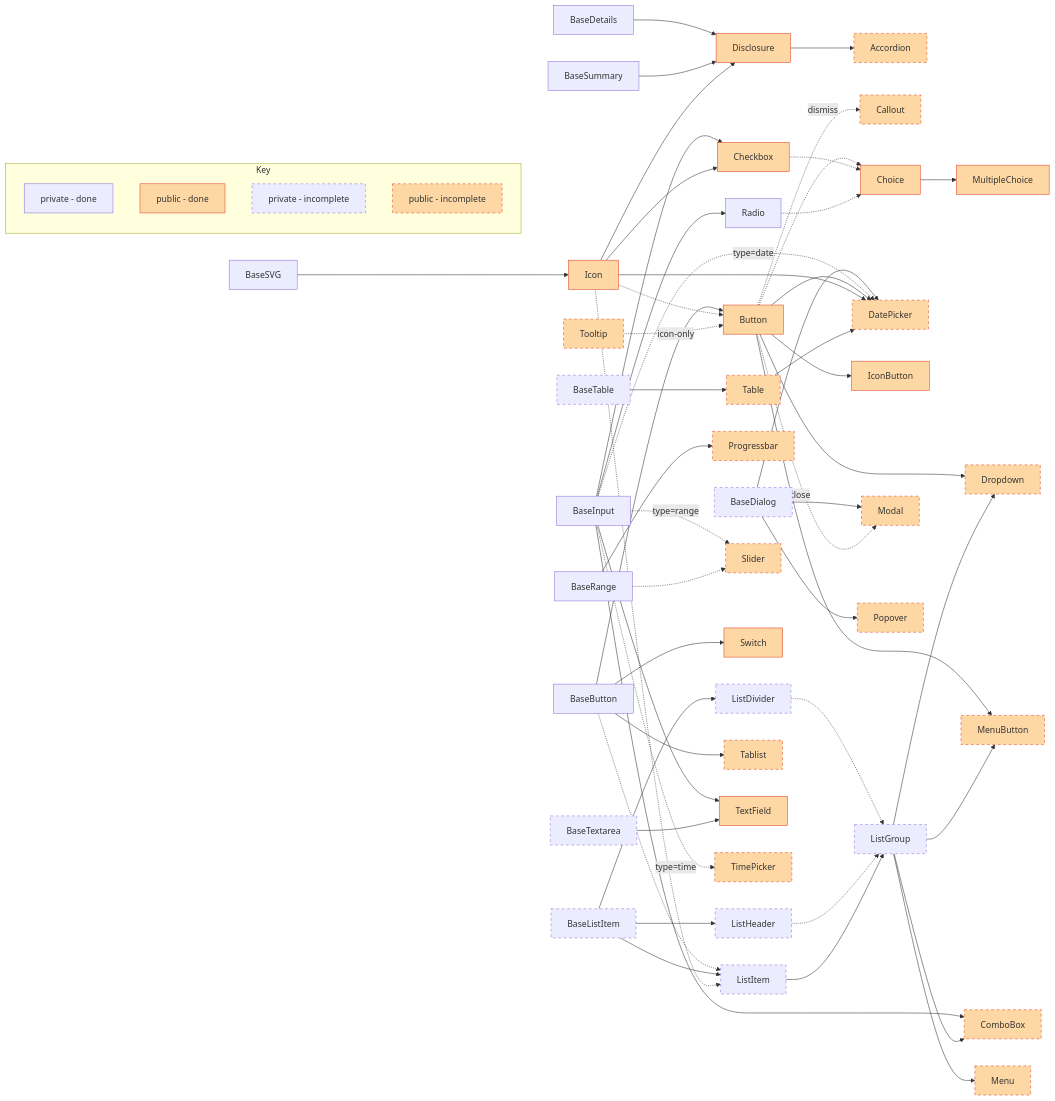
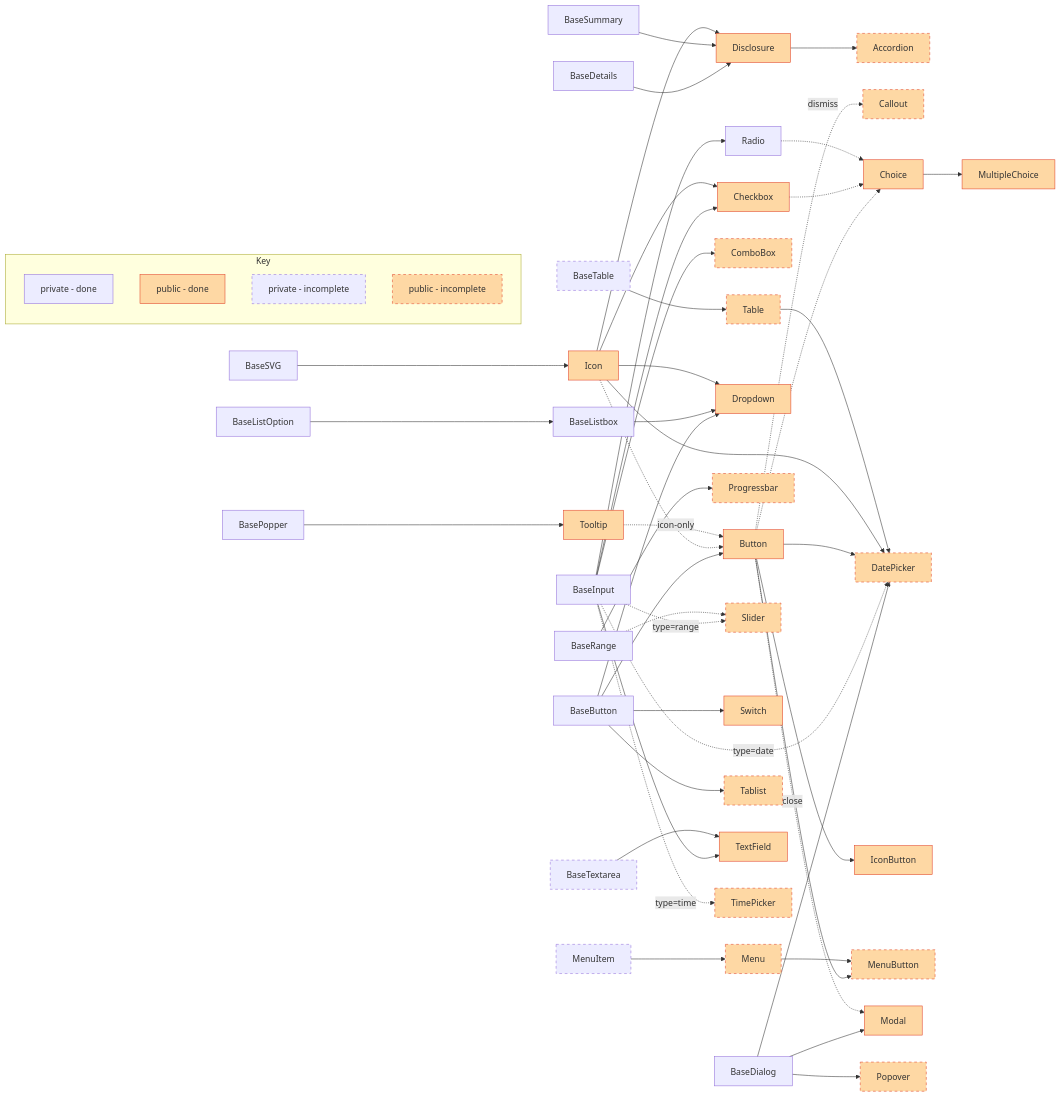
The diagram in COMPONENTS.md (wwnorton/design-system), drawn with Mermaid before and after one commit.

Commit message:
chore: update components flowchart

````diff
--- a/COMPONENTS.md
+++ b/COMPONENTS.md
@@ -19,7 +19,9 @@
   BaseDetails
   BaseDialog
   BaseInput
-  BaseListItem
+  BaseListbox
+  BaseListOption
+  BasePopper
   BaseRange
   BaseSummary
   BaseSVG
@@ -37,12 +39,9 @@
   Dropdown
   Icon
   IconButton
-  ListDivider
-  ListGroup
-  ListHeader
-  ListItem
   Menu
   MenuButton
+  MenuItem
   Modal
   MultipleChoice
   Popover
@@ -57,9 +56,9 @@
   Tooltip
 
   BaseButton --> Button
+  BaseButton --> Dropdown
   BaseButton --> Switch
   BaseButton --> Tablist
-  BaseButton -.-> ListItem
   BaseDetails --> Disclosure
   BaseDialog --> DatePicker
   BaseDialog --> Modal
@@ -71,9 +70,9 @@
   BaseInput -. type=date .-> DatePicker
   BaseInput -. type=range .-> Slider
   BaseInput -. type=time .-> TimePicker
-  BaseListItem --> ListDivider
-  BaseListItem --> ListHeader
-  BaseListItem --> ListItem
+  BaseListbox --> Dropdown
+  BaseListOption --> BaseListbox
+  BasePopper --> Tooltip
   BaseRange --> Progressbar
   BaseRange -.-> Slider
   BaseSummary --> Disclosure
@@ -81,7 +80,6 @@
   BaseTable --> Table
   BaseTextarea --> TextField
   Button --> DatePicker
-  Button --> Dropdown
   Button --> MenuButton
   Button -. "close" .-> Modal
   Button -. "dismiss" .-> Callout
@@ -93,15 +91,10 @@
   Icon --> Checkbox
   Icon --> DatePicker
   Icon --> Disclosure
+  Icon --> Dropdown
   Icon -.-> Button
-  Icon -.-> ListItem
-  ListDivider -.-> ListGroup
-  ListGroup --> ComboBox
-  ListGroup --> Dropdown
-  ListGroup --> Menu
-  ListGroup --> MenuButton
-  ListHeader -.-> ListGroup
-  ListItem --> ListGroup
+  Menu --> MenuButton
+  MenuItem --> Menu
   Radio -.-> Choice
   Table --> DatePicker
   Tooltip -. icon-only .->Button
@@ -111,5 +104,5 @@
 
   class public,public-ic,Accordion,Button,Callout,Checkbox,Choice,ComboBox,DatePicker,Disclosure,Dropdown,Icon,IconButton,Menu,MenuButton,Modal,MultipleChoice,Popover,Progressbar,Slider,Switch,Table,Tablist,TimePicker,TextField,Tooltip exports;
 
-  class private-ic,public-ic,BaseDialog,BaseListItem,BaseTable,BaseTextarea,Accordion,Callout,ComboBox,DatePicker,Dropdown,ListDivider,ListGroup,ListHeader,ListItem,Menu,MenuButton,Modal,Popover,Progressbar,Slider,Table,Tablist,TimePicker,Tooltip incomplete;
+  class private-ic,public-ic,BaseTable,BaseTextarea,Accordion,Callout,ComboBox,DatePicker,Menu,MenuButton,MenuItem,Popover,Progressbar,Slider,Table,Tablist,TimePicker incomplete;
 ```
````
